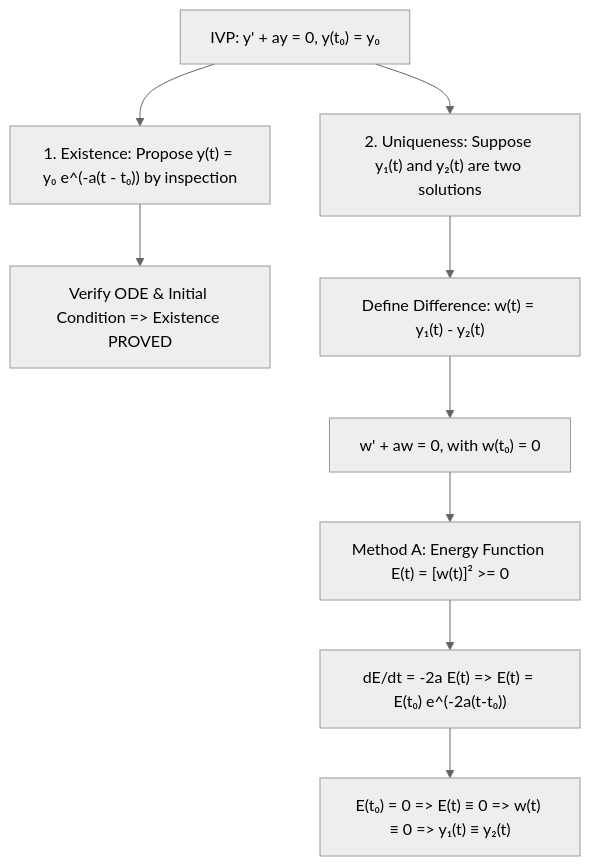
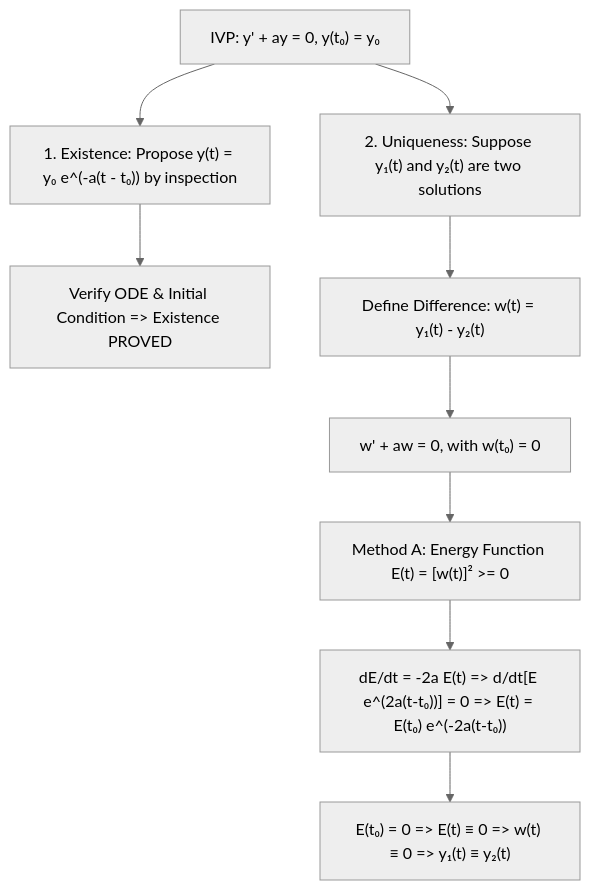
The diagram in vault/04 - Advanced Maths/Problema - Ch2-P17 Direct Difference Method for Uniqueness.md (251-B/AerospaceEngineering), drawn with Mermaid (neutral theme) before and after one commit. The commit also changed other lines of this file and 18 other files, not shown here.

````diff
--- a/vault/04 - Advanced Maths/Problema - Ch2-P17 Direct Difference Method for Uniqueness.md
+++ b/vault/04 - Advanced Maths/Problema - Ch2-P17 Direct Difference Method for Uniqueness.md
@@ -37,12 +37,12 @@
 ```mermaid
 flowchart TD
     IVP["IVP: y' + ay = 0, y(t₀) = y₀"] --> Exist["1. Existence: Propose y(t) = y₀ e^(-a(t - t₀)) by inspection"]
     Exist --> Check["Verify ODE & Initial Condition => Existence PROVED"]
     
     IVP --> Uniq["2. Uniqueness: Suppose y₁(t) and y₂(t) are two solutions"]
     Uniq --> Diff["Define Difference: w(t) = y₁(t) - y₂(t)"]
     Diff --> Homog["w' + aw = 0, with w(t₀) = 0"]
     Homog --> Energy["Method A: Energy Function E(t) = [w(t)]² >= 0"]
-    Energy --> Dissip["dE/dt = -2a E(t) => E(t) = E(t₀) e^(-2a(t-t₀))"]
+    Energy --> Dissip["dE/dt = -2a E(t) => d/dt[E e^(2a(t-t₀))] = 0 => E(t) = E(t₀) e^(-2a(t-t₀))"]
     Dissip --> Zero["E(t₀) = 0 => E(t) ≡ 0 => w(t) ≡ 0 => y₁(t) ≡ y₂(t)"]
 ```
````
